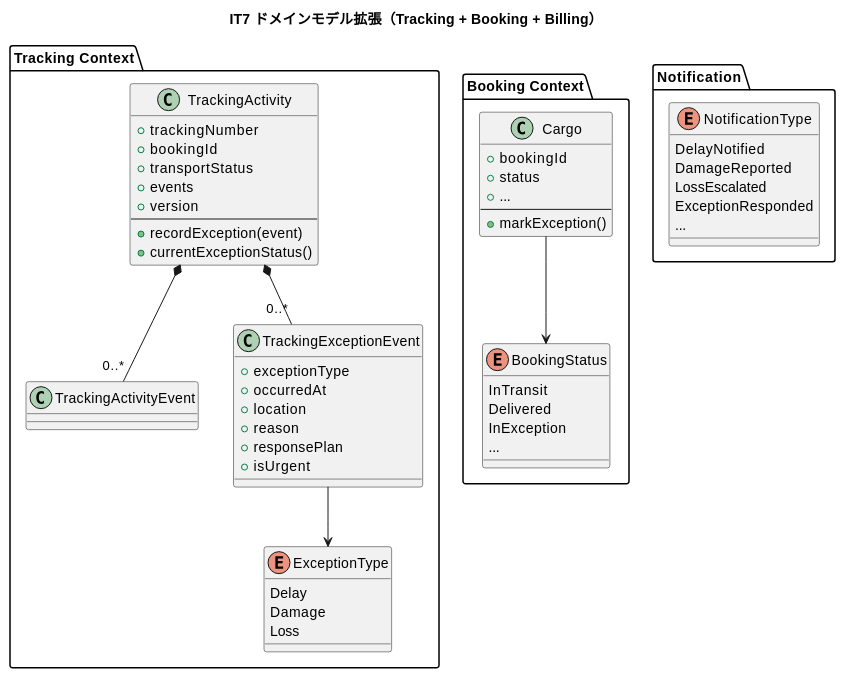
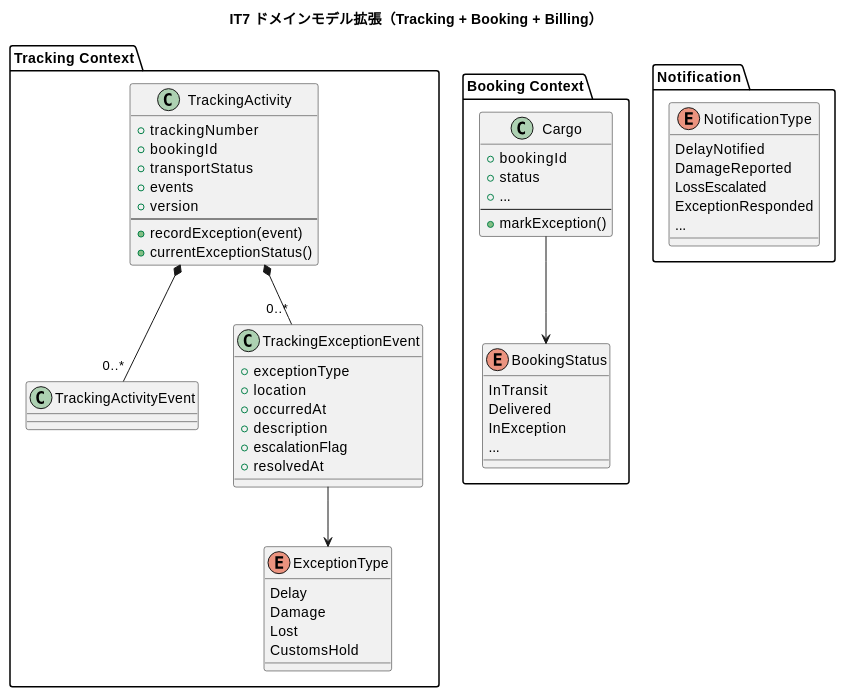
One commit to k2works/case-study-cargo-tracker changed the third of 6 diagrams in docs/development/iteration_plan-7.md. Above: the diagram before and after it, drawn with PlantUML. The commit also changed other lines of this file, not shown here.

First line of the commit message:
docs(it7): validating-iteration-plan 検証反映 - ドメイン/データモデル整合 + UI セクション追加

````diff
--- a/docs/development/iteration_plan-7.md
+++ b/docs/development/iteration_plan-7.md
@@ -205,68 +205,69 @@
 ```plantuml
 @startuml
 title IT7 ドメインモデル拡張（Tracking + Booking + Billing）
 
 package "Tracking Context" {
   class TrackingActivity {
     + trackingNumber
     + bookingId
     + transportStatus
     + events
     + version
     --
     + recordException(event)
     + currentExceptionStatus()
   }
 
   class TrackingActivityEvent
   class TrackingExceptionEvent {
     + exceptionType
+    + location
     + occurredAt
-    + location
-    + reason
-    + responsePlan
-    + isUrgent
+    + description
+    + escalationFlag
+    + resolvedAt
   }
 
   enum ExceptionType {
     Delay
     Damage
-    Loss
+    Lost
+    CustomsHold
   }
 
   TrackingActivity *-- "0..*" TrackingActivityEvent
   TrackingActivity *-- "0..*" TrackingExceptionEvent
   TrackingExceptionEvent --> ExceptionType
 }
 
 package "Booking Context" {
   class Cargo {
     + bookingId
     + status
     + ...
     --
     + markException()
   }
 
   enum BookingStatus {
     InTransit
     Delivered
     InException
     ...
   }
 
   Cargo --> BookingStatus
 }
 
 package "Notification" {
   enum NotificationType {
     DelayNotified
     DamageReported
     LossEscalated
     ExceptionResponded
     ...
   }
 }
 
 @enduml
 ```
````
